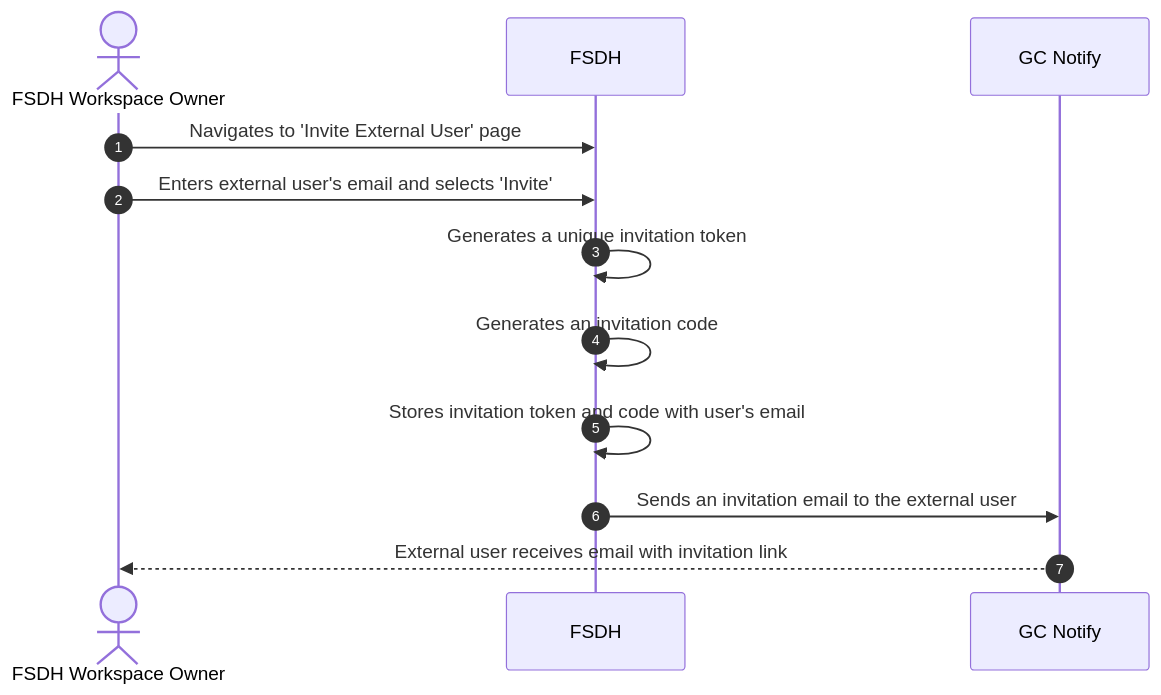
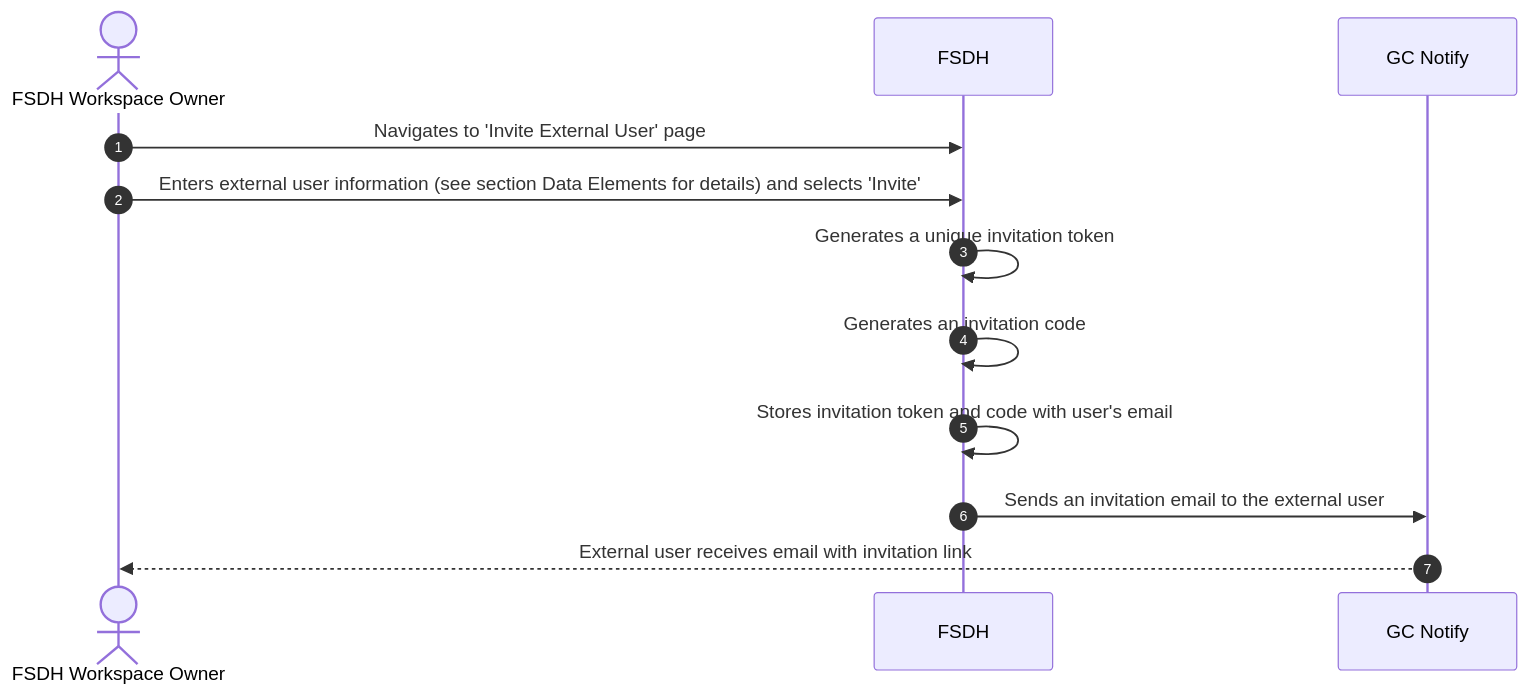
The fourth of 7 diagrams in DeveloperGuide/GCCF/oidc_flow.md (ssc-sp/datahub-docs), drawn with Mermaid before and after one commit. The commit also changed other lines of this file, not shown here.

Commit message:
updated flows from feedback

````diff
--- a/DeveloperGuide/GCCF/oidc_flow.md
+++ b/DeveloperGuide/GCCF/oidc_flow.md
@@ -95,15 +95,15 @@
 ```mermaid
 sequenceDiagram
     actor User as FSDH Workspace Owner
     participant FSDH as FSDH
     participant Email as GC Notify
 
     autonumber
     User->>FSDH: Navigates to 'Invite External User' page
-    User->>FSDH: Enters external user's email and selects 'Invite'
+    User->>FSDH: Enters external user information (see section Data Elements for details) and selects 'Invite'
     FSDH->>FSDH: Generates a unique invitation token
     FSDH->>FSDH: Generates an invitation code
     FSDH->>FSDH: Stores invitation token and code with user's email
     FSDH->>Email: Sends an invitation email to the external user
     Email-->>User: External user receives email with invitation link
 ```
````
